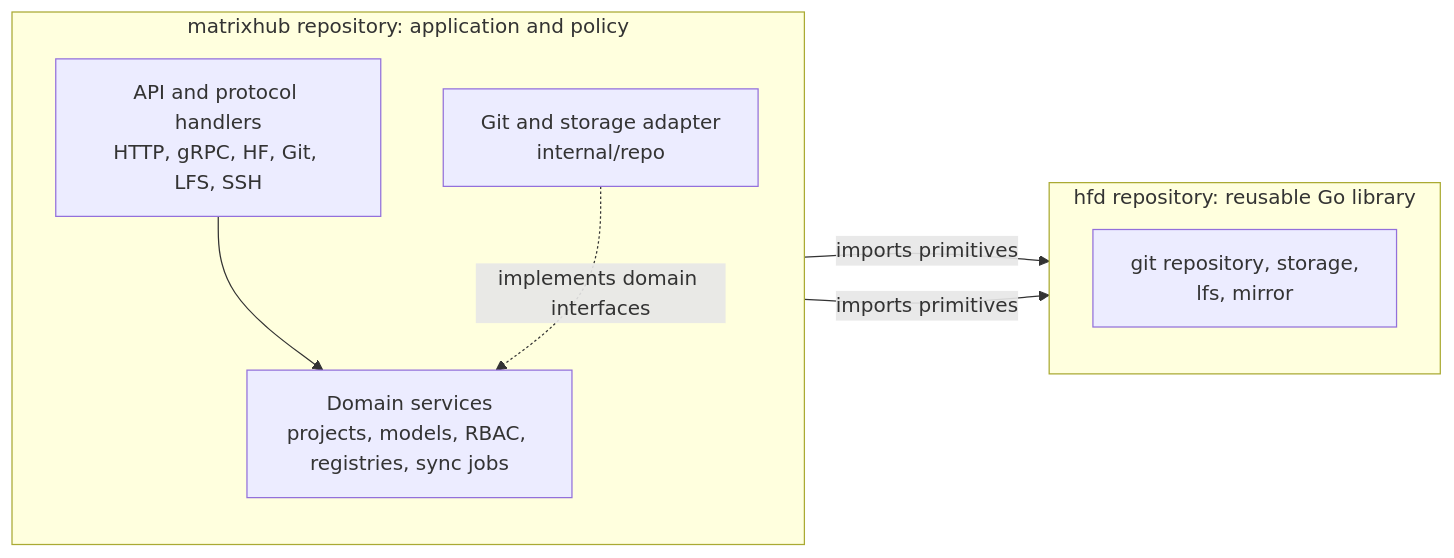
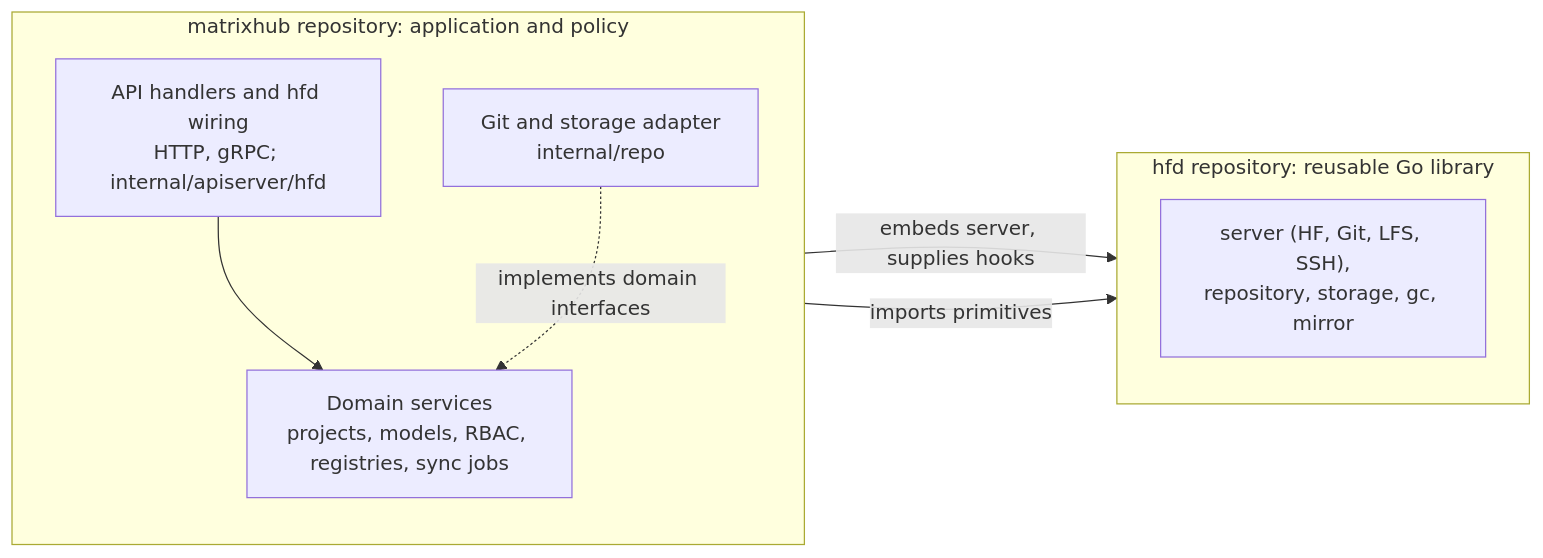
One commit to matrixhub-ai/matrixhub changed the diagram in docs/design/matrixhub-hfd-relation-design.md. Above: the diagram before and after it, drawn with Mermaid. The commit also changed other lines of this file and 93 other files, not shown here.

Commit message:
refactor: adopt hfd backends with xet storage and hooks

````diff
--- a/docs/design/matrixhub-hfd-relation-design.md
+++ b/docs/design/matrixhub-hfd-relation-design.md
@@ -20,19 +20,19 @@
 ```mermaid
 flowchart LR
   subgraph matrixhub["matrixhub repository: application and policy"]
     direction TB
-    entry["API and protocol handlers<br/>HTTP, gRPC, HF, Git, LFS, SSH"]
+    entry["API handlers and hfd wiring<br/>HTTP, gRPC; internal/apiserver/hfd"]
     domain["Domain services<br/>projects, models, RBAC, registries, sync jobs"]
     adapter["Git and storage adapter<br/>internal/repo"]
     entry --> domain
     adapter -.->|implements domain interfaces| domain
   end
 
   subgraph hfd["hfd repository: reusable Go library"]
     direction TB
-    gitdata["git repository, storage,<br/>lfs, mirror"]
+    gitdata["server (HF, Git, LFS, SSH),<br/>repository, storage, gc, mirror"]
   end
 
-  entry -->|imports primitives| gitdata
+  entry -->|embeds server, supplies hooks| gitdata
   adapter -->|imports primitives| gitdata
 ```
````
